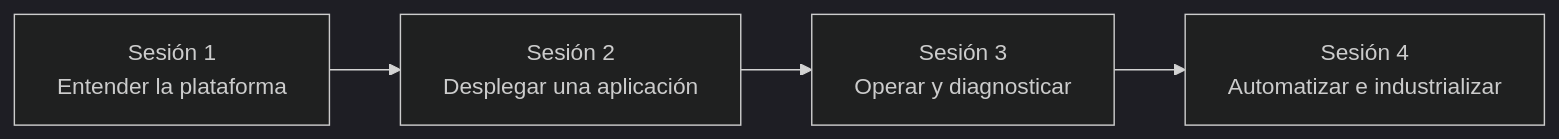
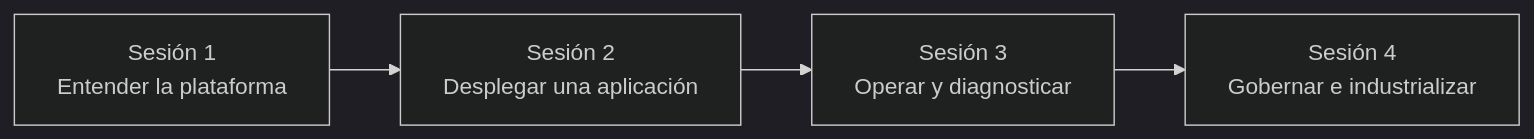
One commit to ieftraining/curso-openshift changed the diagram in docs/sesion1/1.1 Introduccion.md. Above: the diagram before and after it, drawn with Mermaid (dark theme). The commit also changed other lines of this file, not shown here.

````diff
--- a/docs/sesion1/1.1 Introduccion.md
+++ b/docs/sesion1/1.1 Introduccion.md
@@ -28,9 +28,9 @@
 ```mermaid
 flowchart LR
     S1[Sesión 1<br/>Entender la plataforma]
     S2[Sesión 2<br/>Desplegar una aplicación]
     S3[Sesión 3<br/>Operar y diagnosticar]
-    S4[Sesión 4<br/>Automatizar e industrializar]
+    S4[Sesión 4<br/>Gobernar e industrializar]
 
     S1 --> S2 --> S3 --> S4
 ```
````
